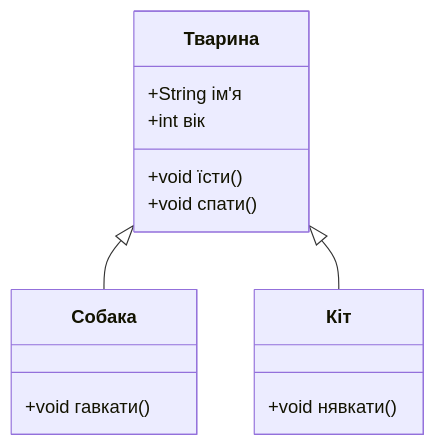
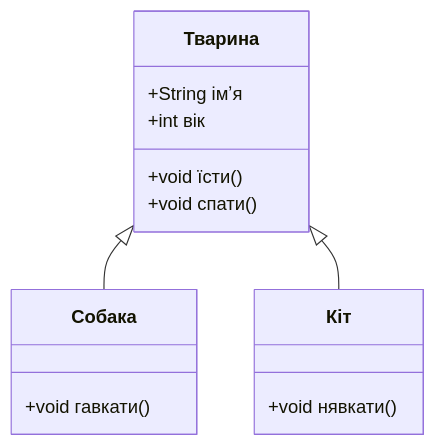
The fourth of 7 diagrams in .czon/src/uk-UA/8938d6aac9c056c06137a041b8e82379bfb619bb6d435b9ecec515337dd0cd69.md (zccz14/CZON), drawn with Mermaid before and after one commit. The commit also changed other lines of this file and 148 other files, not shown here.

````diff
--- a/.czon/src/uk-UA/8938d6aac9c056c06137a041b8e82379bfb619bb6d435b9ecec515337dd0cd69.md
+++ b/.czon/src/uk-UA/8938d6aac9c056c06137a041b8e82379bfb619bb6d435b9ecec515337dd0cd69.md
@@ -70,18 +69,18 @@
 ```mermaid
 classDiagram
     class Тварина {
-        +String ім'я
+        +String імʼя
         +int вік
         +void їсти()
         +void спати()
     }
     class Собака {
         +void гавкати()
     }
     class Кіт {
         +void нявкати()
     }
 
     Тварина <|-- Собака
     Тварина <|-- Кіт
 ```
````
